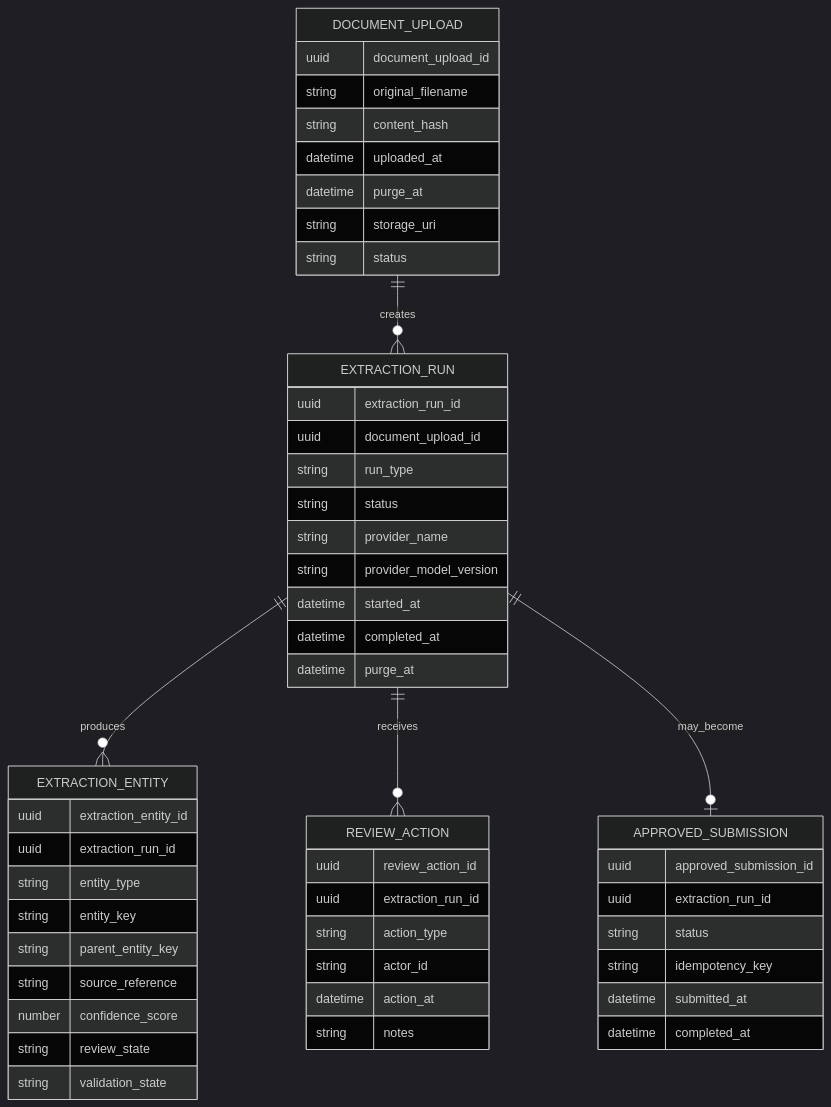
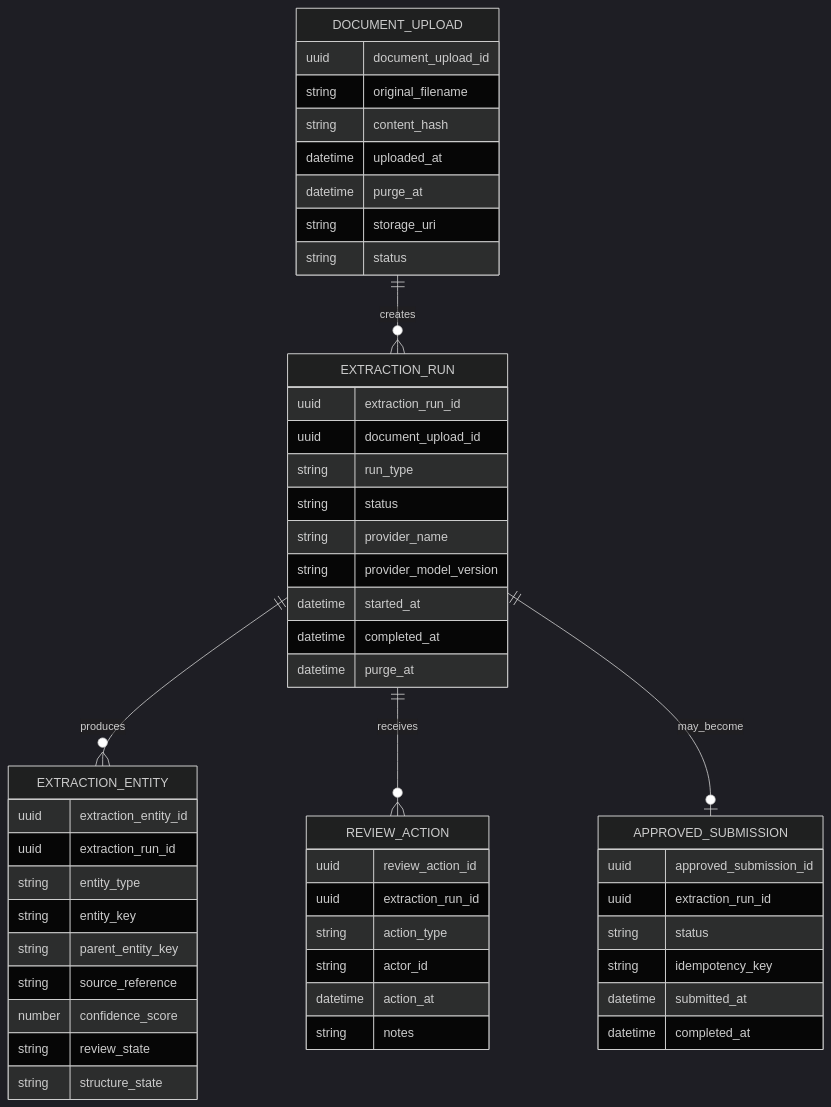
Before and after one commit to ranjivs64/QualsDemo: the fourth of 6 diagrams in docs/artifacts/specs/SPEC-1.md, drawn with Mermaid (dark theme). The commit also changed other lines of this file and 13 other files, not shown here.

````diff
--- a/docs/artifacts/specs/SPEC-1.md
+++ b/docs/artifacts/specs/SPEC-1.md
@@ -427,59 +428,59 @@
 ```mermaid
 erDiagram
     DOCUMENT_UPLOAD ||--o{ EXTRACTION_RUN : creates
     EXTRACTION_RUN ||--o{ EXTRACTION_ENTITY : produces
     EXTRACTION_RUN ||--o{ REVIEW_ACTION : receives
     EXTRACTION_RUN ||--o| APPROVED_SUBMISSION : may_become
 
     DOCUMENT_UPLOAD {
         uuid document_upload_id
         string original_filename
         string content_hash
         datetime uploaded_at
         datetime purge_at
         string storage_uri
         string status
     }
 
     EXTRACTION_RUN {
         uuid extraction_run_id
         uuid document_upload_id
         string run_type
         string status
         string provider_name
         string provider_model_version
         datetime started_at
         datetime completed_at
         datetime purge_at
     }
 
     EXTRACTION_ENTITY {
         uuid extraction_entity_id
         uuid extraction_run_id
         string entity_type
         string entity_key
         string parent_entity_key
         string source_reference
         number confidence_score
         string review_state
-        string validation_state
+        string structure_state
     }
 
     REVIEW_ACTION {
         uuid review_action_id
         uuid extraction_run_id
         string action_type
         string actor_id
         datetime action_at
         string notes
     }
 
     APPROVED_SUBMISSION {
         uuid approved_submission_id
         uuid extraction_run_id
         string status
         string idempotency_key
         datetime submitted_at
         datetime completed_at
     }
 ```
````
